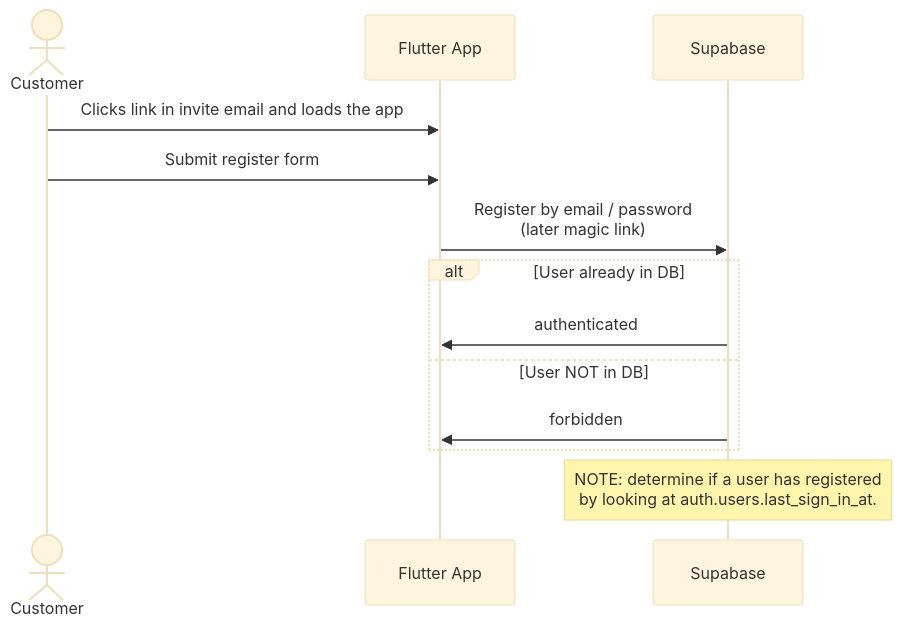
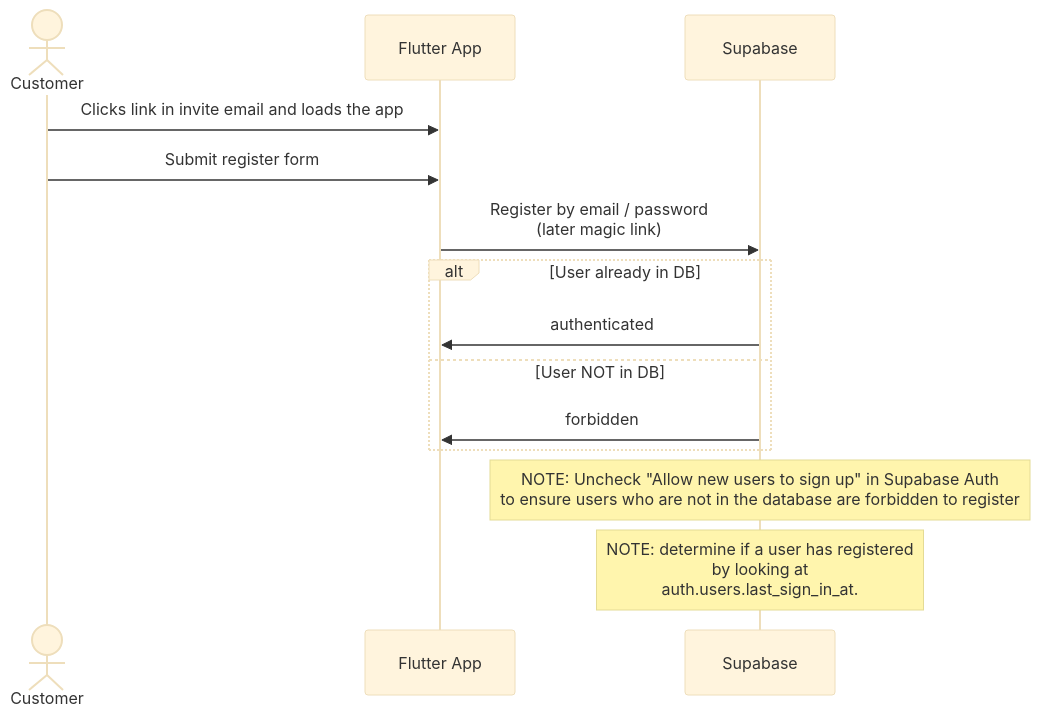
The diagram in docs/registration-flow.md (cepro/simt-myenergy-app), drawn with Mermaid (base theme) before and after one commit.

Commit message:
add a note about switching off new user signup

````diff
--- a/docs/registration-flow.md
+++ b/docs/registration-flow.md
@@ -5,17 +5,18 @@
 ```mermaid
 sequenceDiagram
     actor Customer
     participant App as Flutter App
     participant Supabase
     
     Customer->>App: Clicks link in invite email and loads the app
     Customer->>App: Submit register form
     App->>Supabase: Register by email / password<br/>(later magic link)
     alt User already in DB
     Supabase->>App: authenticated
     else User NOT in DB
     Supabase->>App: forbidden
     end
 
-    note over Supabase: NOTE: determine if a user has registered<br/>by looking at auth.users.last_sign_in_at.
+    note over Supabase: NOTE: Uncheck "Allow new users to sign up" in Supabase Auth<br/>to ensure users who are not in the database are forbidden to register
+    note over Supabase: NOTE: determine if a user has registered<br/>by looking at<br/> auth.users.last_sign_in_at.
 ```
````
